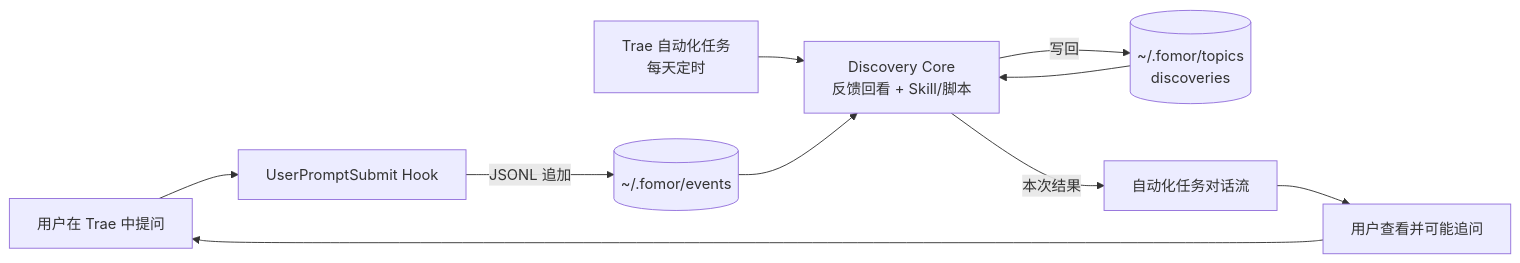
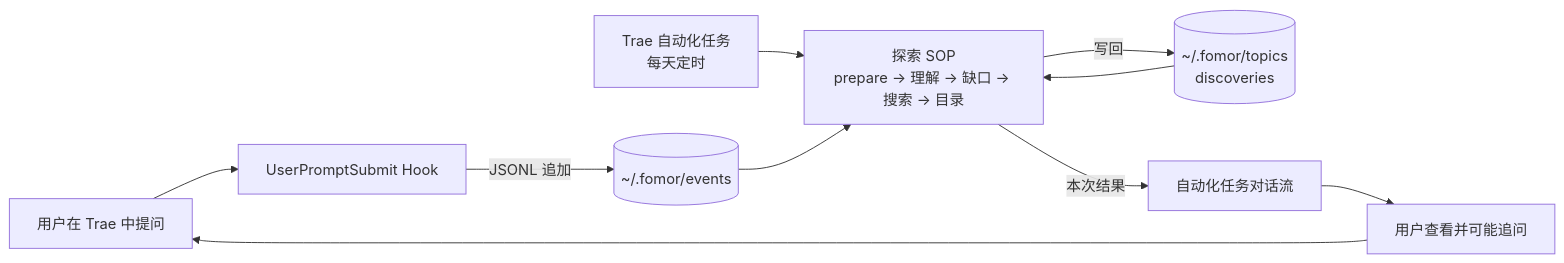
One commit to LYJ132/Fomor changed the diagram in docs/TRAE-PLATFORM-RESEARCH.md. Above: the diagram before and after it, drawn with Mermaid. The commit also changed other lines of this file and 11 other files, not shown here.

````diff
--- a/docs/TRAE-PLATFORM-RESEARCH.md
+++ b/docs/TRAE-PLATFORM-RESEARCH.md
@@ -531,12 +531,12 @@
 ```mermaid
 flowchart LR
     U[用户在 Trae 中提问] --> H[UserPromptSubmit Hook]
     H -->|JSONL 追加| E[(~/.fomor/events)]
-    T[Trae 自动化任务<br/>每天定时] --> C[Discovery Core<br/>反馈回看 + Skill/脚本]
+    T[Trae 自动化任务<br/>每天定时] --> C[探索 SOP<br/>prepare → 理解 → 缺口 → 搜索 → 目录]
     E --> C
     M[(~/.fomor/topics<br/>discoveries)] --> C
     C -->|写回| M
     C -->|本次结果| O[自动化任务对话流]
     O --> V[用户查看并可能追问]
     V --> U
 ```
````
